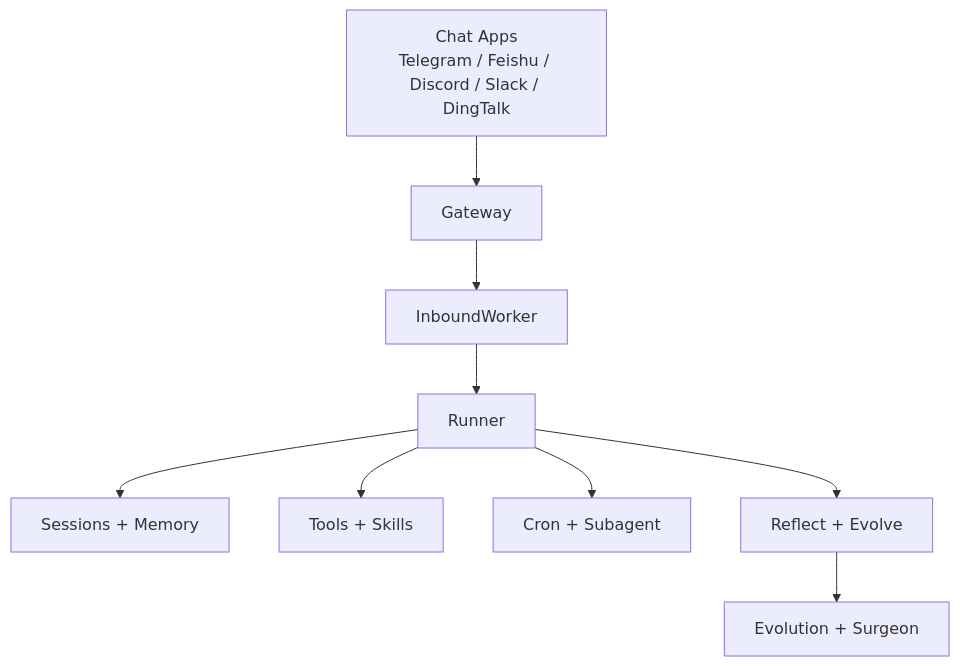
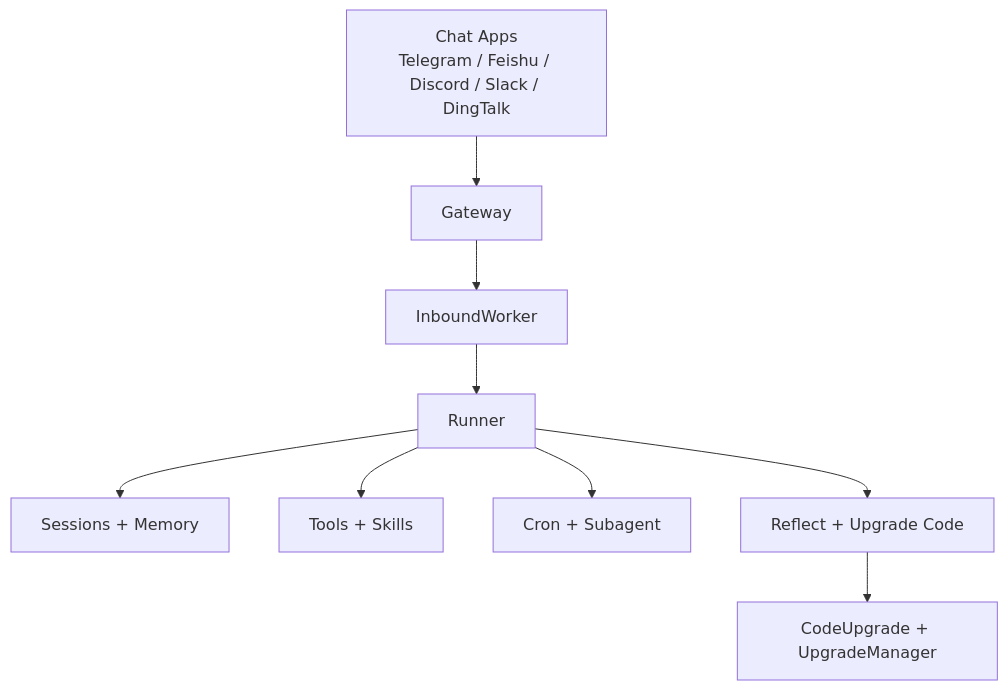
One commit to gofenix/nex-agent changed the first of 3 diagrams in README.md. Above: the diagram before and after it, drawn with Mermaid. The commit also changed other lines of this file and 20 other files, not shown here.

Commit message:
Align evolution model to six-layer architecture

````diff
--- a/README.md
+++ b/README.md
@@ -25,11 +25,11 @@
 ```mermaid
 flowchart TD
     A["Chat Apps<br/>Telegram / Feishu / Discord / Slack / DingTalk"] --> B["Gateway"]
     B --> C["InboundWorker"]
     C --> D["Runner"]
     D --> E["Sessions + Memory"]
     D --> F["Tools + Skills"]
     D --> G["Cron + Subagent"]
-    D --> H["Reflect + Evolve"]
-    H --> I["Evolution + Surgeon"]
+    D --> H["Reflect + Upgrade Code"]
+    H --> I["CodeUpgrade + UpgradeManager"]
 ```
````
